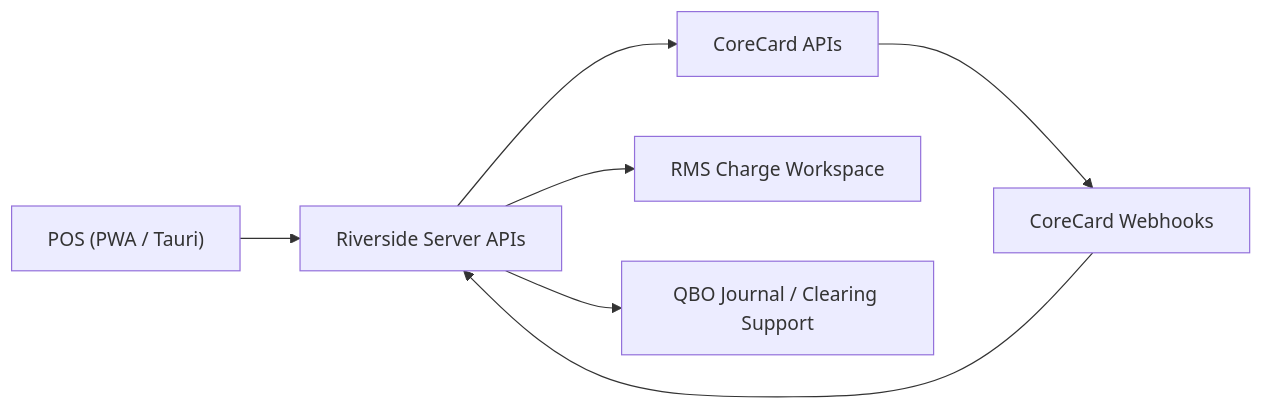
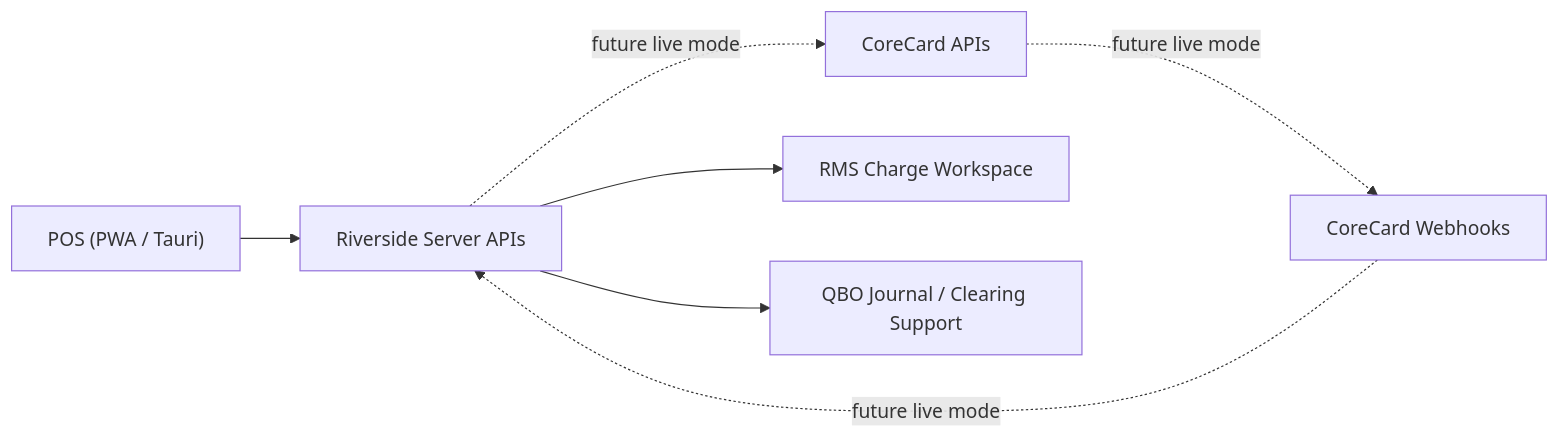
Before and after one commit to cpg716/riverside-os: the diagram in docs/CORECARD_CORECREDIT_FULL_ARCHITECTURE.md, drawn with Mermaid. The commit also changed other lines of this file and 24 other files, not shown here.

````diff
--- a/docs/CORECARD_CORECREDIT_FULL_ARCHITECTURE.md
+++ b/docs/CORECARD_CORECREDIT_FULL_ARCHITECTURE.md
@@ -26,9 +30,9 @@
 ```mermaid
 flowchart LR
   POS["POS (PWA / Tauri)"] --> API["Riverside Server APIs"]
-  API --> CORE["CoreCard APIs"]
-  CORE --> WEBHOOK["CoreCard Webhooks"]
-  WEBHOOK --> API
+  API -. "future live mode" .-> CORE["CoreCard APIs"]
+  CORE -. "future live mode" .-> WEBHOOK["CoreCard Webhooks"]
+  WEBHOOK -. "future live mode" .-> API
   API --> RMS["RMS Charge Workspace"]
   API --> QBO["QBO Journal / Clearing Support"]
 ```
````
